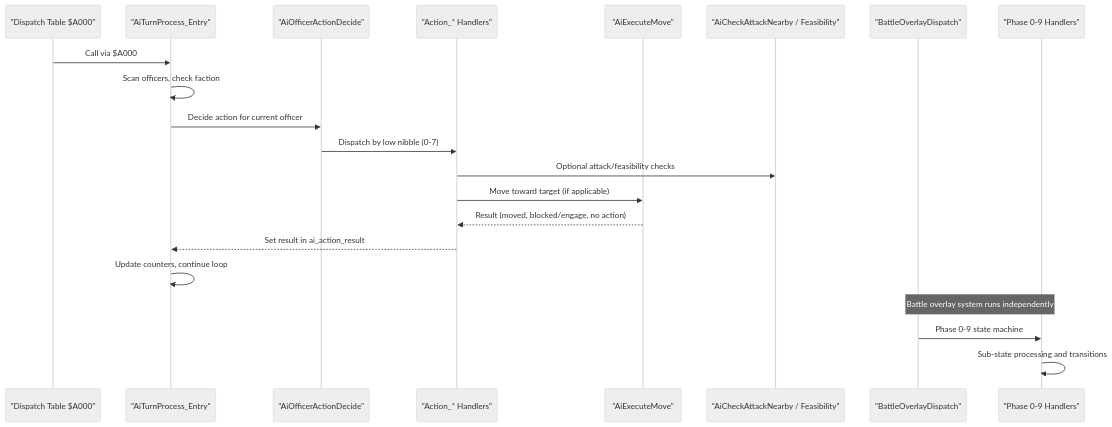
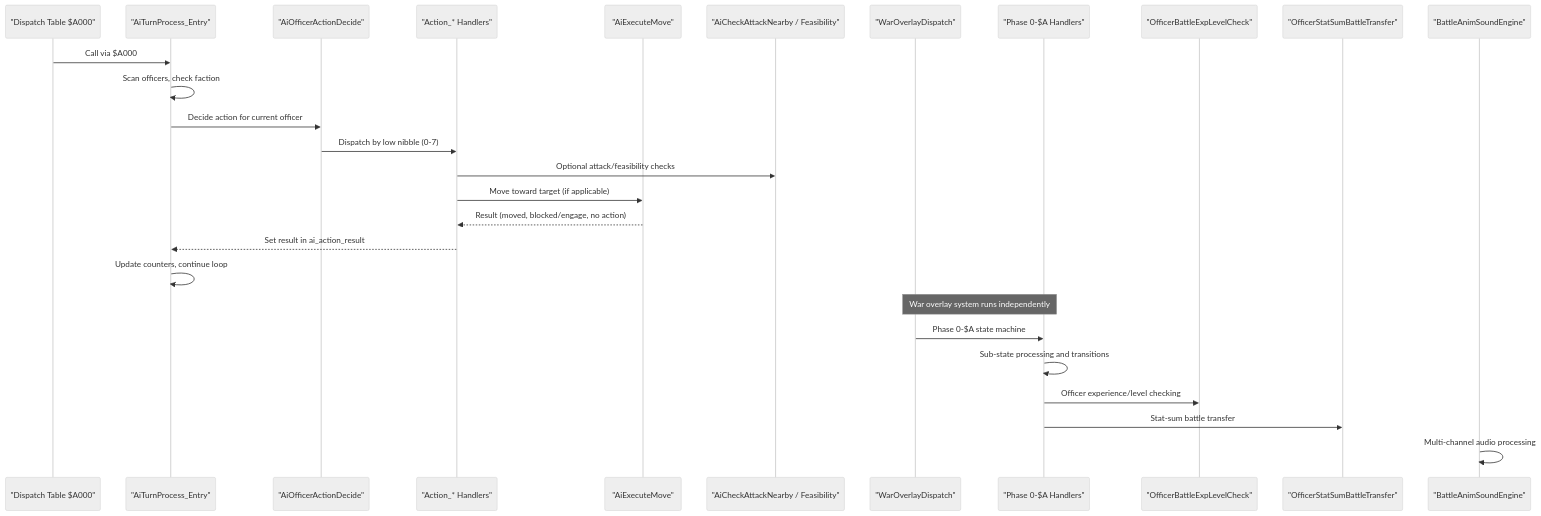
One commit to rabbyzero/sango2dasm changed the second of 12 diagrams in .qoder/repowiki/en/content/Assembly Architecture/Bank Organization and Memory Layout/Battle and AI System - PRG Banks $08_$09.md. Above: the diagram before and after it, drawn with Mermaid (neutral theme). The commit also changed other lines of this file and 11 other files, not shown here.

````diff
--- a/.qoder/repowiki/en/content/Assembly Architecture/Bank Organization and Memory Layout/Battle and AI System - PRG Banks $08_$09.md
+++ b/.qoder/repowiki/en/content/Assembly Architecture/Bank Organization and Memory Layout/Battle and AI System - PRG Banks $08_$09.md
@@ -106,23 +123,29 @@
 ```mermaid
 sequenceDiagram
 participant DT as "Dispatch Table $A000"
 participant AI as "AiTurnProcess_Entry"
 participant DEC as "AiOfficerActionDecide"
 participant ACT as "Action_* Handlers"
 participant MOV as "AiExecuteMove"
 participant CMP as "AiCheckAttackNearby / Feasibility"
-participant BO as "BattleOverlayDispatch"
-participant PH as "Phase 0-9 Handlers"
+participant WO as "WarOverlayDispatch"
+participant PH as "Phase 0-$A Handlers"
+participant AE as "OfficerBattleExpLevelCheck"
+participant ST as "OfficerStatSumBattleTransfer"
+participant AS as "BattleAnimSoundEngine"
 DT->>AI : Call via $A000
 AI->>AI : Scan officers, check faction
 AI->>DEC : Decide action for current officer
 DEC->>ACT : Dispatch by low nibble (0-7)
 ACT->>CMP : Optional attack/feasibility checks
 ACT->>MOV : Move toward target (if applicable)
 MOV-->>ACT : Result (moved, blocked/engage, no action)
 ACT-->>AI : Set result in ai_action_result
 AI->>AI : Update counters, continue loop
-Note over BO,PH : Battle overlay system runs independently
-BO->>PH : Phase 0-9 state machine
+Note over WO,PH : War overlay system runs independently
+WO->>PH : Phase 0-$A state machine
 PH->>PH : Sub-state processing and transitions
+PH->>AE : Officer experience/level checking
+PH->>ST : Stat-sum battle transfer
+AS->>AS : Multi-channel audio processing
 ```
````
